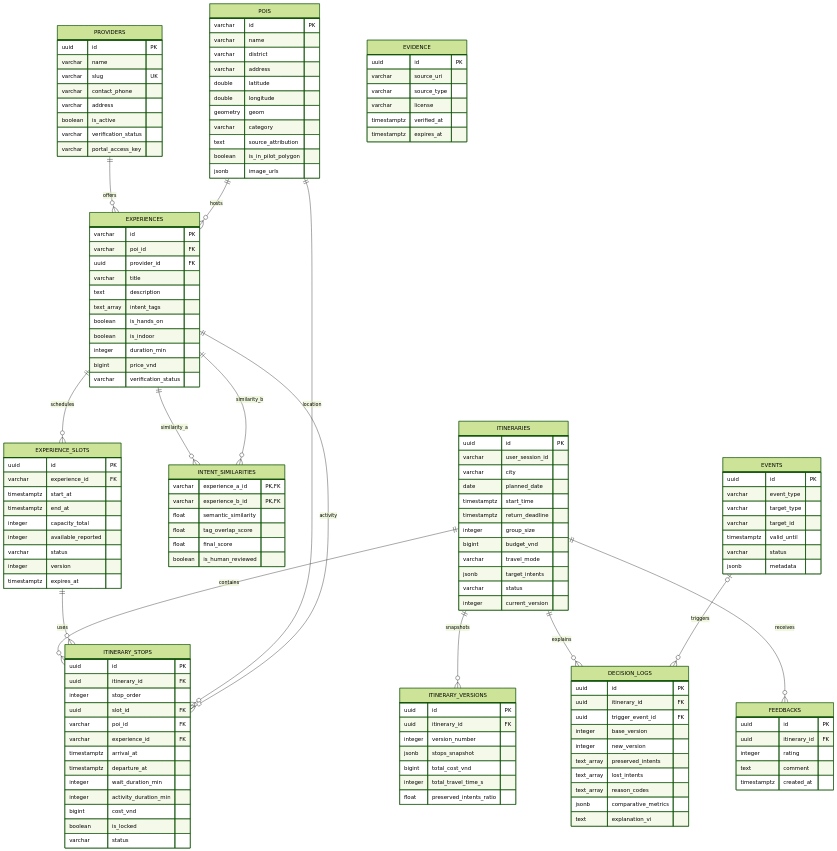
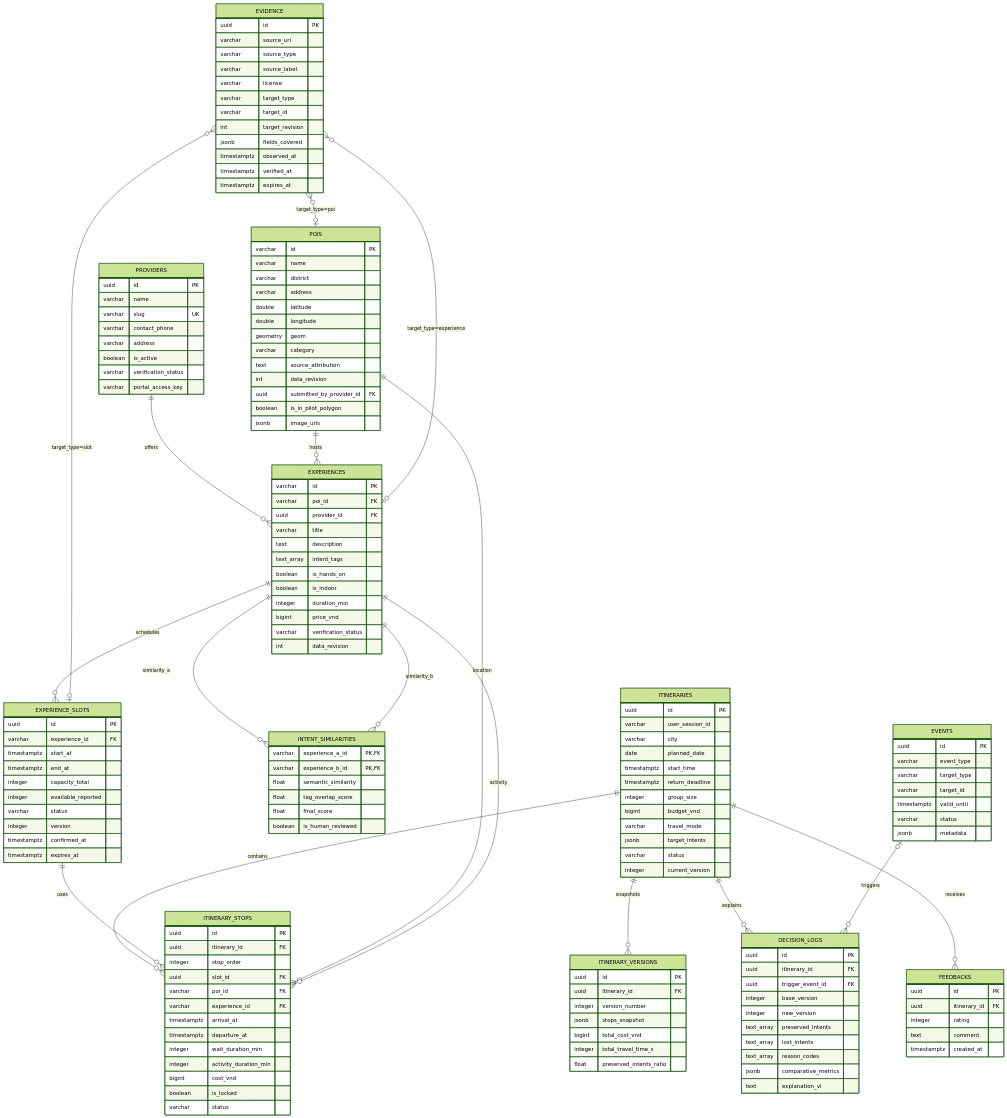
The diagram in docs/data-model.md (NguyenTriBaoThang/LoaclExplorerAI), drawn with Mermaid (forest theme) before and after one commit. The commit also changed other lines of this file and 28 other files, not shown here.

Commit message:
feat(catalog): implement sourced catalog with provider poi ownership and evidence moderation

```diff
--- a/docs/data-model.md
+++ b/docs/data-model.md
@@ -12,6 +12,9 @@
     EXPERIENCES ||--o{ EXPERIENCE_SLOTS : schedules
     EXPERIENCES ||--o{ INTENT_SIMILARITIES : similarity_a
     EXPERIENCES ||--o{ INTENT_SIMILARITIES : similarity_b
+    EVIDENCE }o--o| POIS : "target_type=poi"
+    EVIDENCE }o--o| EXPERIENCES : "target_type=experience"
+    EVIDENCE }o--o| EXPERIENCE_SLOTS : "target_type=slot"
     ITINERARIES ||--o{ ITINERARY_STOPS : contains
     ITINERARIES ||--o{ ITINERARY_VERSIONS : snapshots
     ITINERARIES ||--o{ DECISION_LOGS : explains
@@ -41,6 +44,8 @@
       geometry geom
       varchar category
       text source_attribution
+      int data_revision
+      uuid submitted_by_provider_id FK
       boolean is_in_pilot_polygon
       jsonb image_urls
     }
@@ -56,6 +61,7 @@
       integer duration_min
       bigint price_vnd
       varchar verification_status
+      int data_revision
     }
     EXPERIENCE_SLOTS {
       uuid id PK
@@ -66,6 +72,7 @@
       integer available_reported
       varchar status
       integer version
+      timestamptz confirmed_at
       timestamptz expires_at
     }
     INTENT_SIMILARITIES {
@@ -146,7 +153,13 @@
       uuid id PK
       varchar source_uri
       varchar source_type
+      varchar source_label
       varchar license
+      varchar target_type
+      varchar target_id
+      int target_revision
+      jsonb fields_covered
+      timestamptz observed_at
       timestamptz verified_at
       timestamptz expires_at
     }
```
